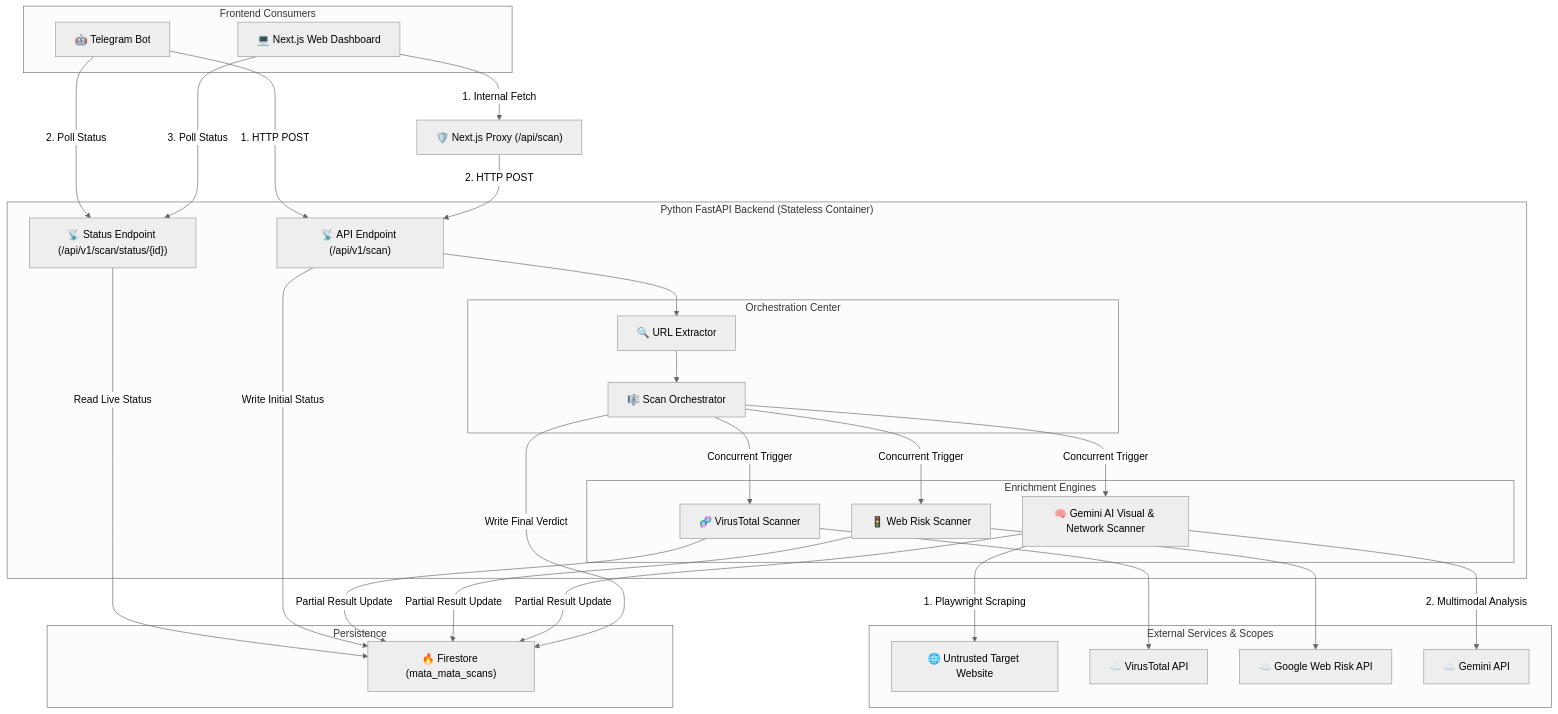
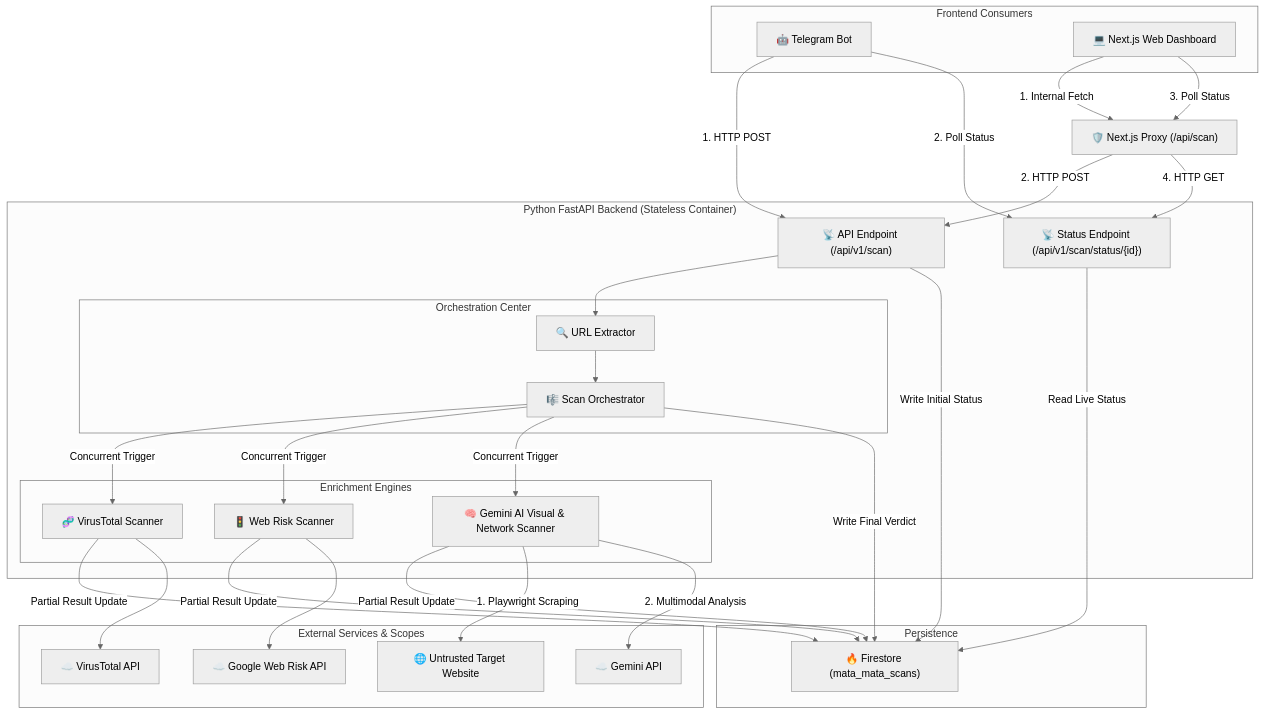
The first of 2 diagrams in docs/ARCHITECTURE.MD (repulsivityy/project_mata_mata), drawn with Mermaid (neutral theme) before and after one commit. The commit also changed other lines of this file and 9 other files, not shown here.

````diff
--- a/docs/ARCHITECTURE.MD
+++ b/docs/ARCHITECTURE.MD
@@ -9,66 +9,67 @@
 ```mermaid
 graph TD
     subgraph Clients ["Frontend Consumers"]
         Telegram["🤖 Telegram Bot"]
         WebUI["💻 Next.js Web Dashboard"]
     end
 
     subgraph Backend ["Python FastAPI Backend (Stateless Container)"]
         API["📡 API Endpoint (/api/v1/scan)"]
         Status["📡 Status Endpoint (/api/v1/scan/status/{id})"]
         
         subgraph Core ["Orchestration Center"]
             Extract["🔍 URL Extractor"]
             Orch["🎼 Scan Orchestrator"]
         end
 
         subgraph Scanners ["Enrichment Engines"]
             VT["🧬 VirusTotal Scanner"]
             WR["🚦 Web Risk Scanner"]
             AI["🧠 Gemini AI Visual & Network Scanner"]
         end
     end
 
     subgraph Data ["Persistence"]
         FS["🔥 Firestore (mata_mata_scans)"]
     end
 
     subgraph External ["External Services & Scopes"]
         TargetWeb["🌐 Untrusted Target Website"]
         VTAPI["☁️ VirusTotal API"]
         WRAPI["☁️ Google Web Risk API"]
         GeminiAPI["☁️ Gemini API"]
     end
 
     %% Client Interactions
     Telegram -->|1. HTTP POST| API
     WebUI -->|1. Internal Fetch| Proxy["🛡️ Next.js Proxy (/api/scan)"]
     Proxy -->|2. HTTP POST| API
     
     %% Polling & Streaming
     Telegram -->|2. Poll Status| Status
-    WebUI -->|3. Poll Status| Status
+    WebUI -->|3. Poll Status| Proxy
+    Proxy -->|4. HTTP GET| Status
     Status -->|Read Live Status| FS
     
     %% Internal Routing
     API --> Extract
     Extract --> Orch
     API -->|Write Initial Status| FS
 
     %% Orchestration & Callback
     Orch -->|Concurrent Trigger| VT
     Orch -->|Concurrent Trigger| WR
     Orch -->|Concurrent Trigger| AI
     VT -->|Partial Result Update| FS
     WR -->|Partial Result Update| FS
     AI -->|Partial Result Update| FS
 
     %% Data Fetching
     VT --> VTAPI
     WR --> WRAPI
     AI -->|1. Playwright Scraping| TargetWeb
     AI -->|2. Multimodal Analysis| GeminiAPI
 
     %% Results
     Orch -->|Write Final Verdict| FS
 ```
````
